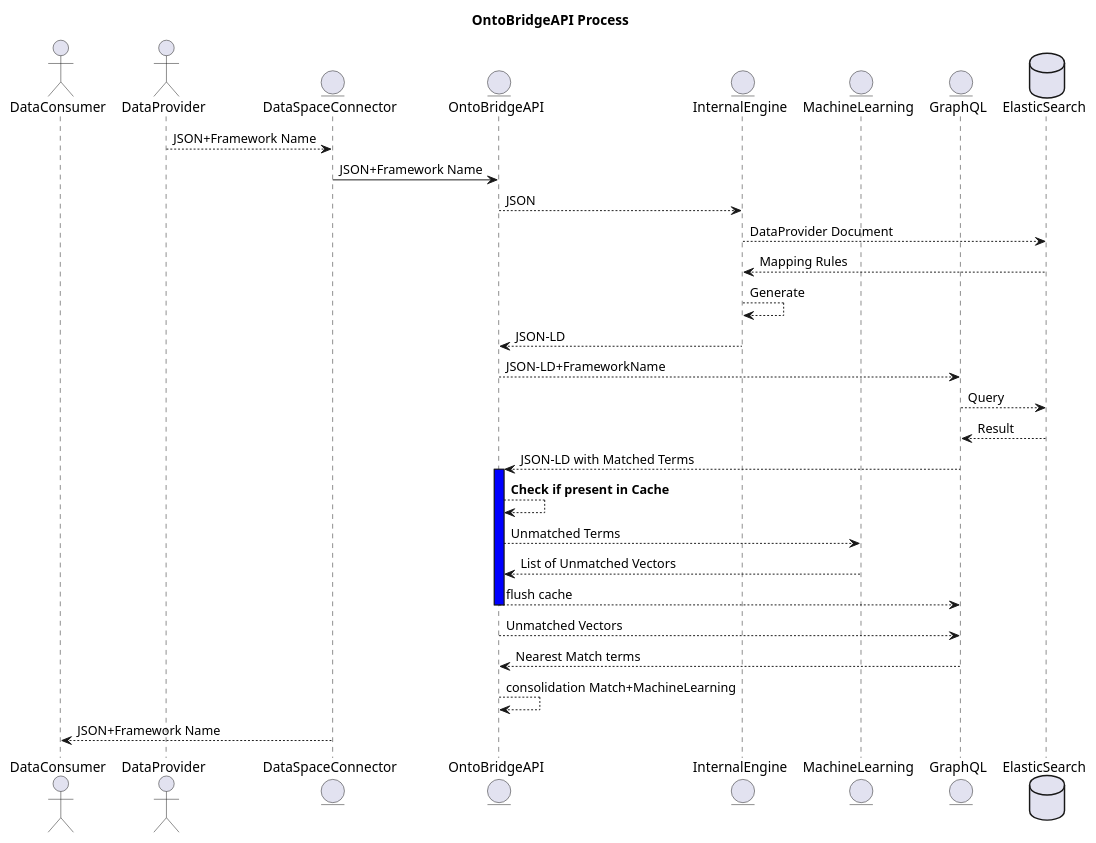
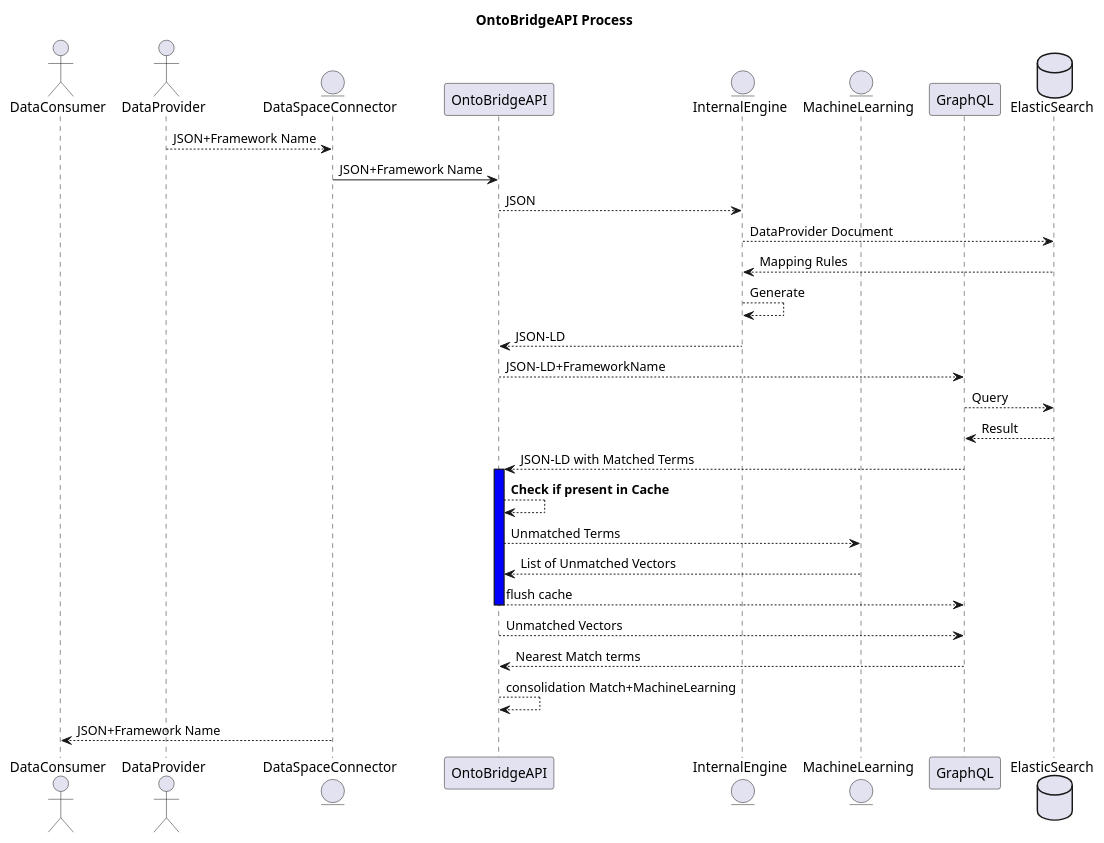
One commit to Prometheus-X-association/interoperability-of-skills-frameworks-ariane changed the diagram in services/ontobridgeApi/readme.md. Above: the diagram before and after it, drawn with PlantUML. The commit also changed 1 other file, not shown here.

Commit message:
change workflow

````diff
--- a/services/ontobridgeApi/readme.md
+++ b/services/ontobridgeApi/readme.md
@@ -99,37 +99,37 @@
 ```plantuml
 @startuml
 title OntoBridgeAPI Process
 
 actor DataConsumer
 actor DataProvider
 entity DataSpaceConnector
-entity OntoBridgeAPI
+participant OntoBridgeAPI
 entity InternalEngine
 entity MachineLearning
-entity GraphQL
+participant GraphQL
 database ElasticSearch
 
 DataProvider --> DataSpaceConnector: JSON+Framework Name
 DataSpaceConnector->OntoBridgeAPI:JSON+Framework Name
 OntoBridgeAPI-->InternalEngine:JSON
 InternalEngine-->ElasticSearch:DataProvider Document
 ElasticSearch-->InternalEngine:Mapping Rules
 InternalEngine-->InternalEngine:Generate
 InternalEngine-->OntoBridgeAPI:JSON-LD
 OntoBridgeAPI-->GraphQL:JSON-LD+FrameworkName
 GraphQL-->ElasticSearch:Query
 ElasticSearch-->GraphQL:Result
 GraphQL-->OntoBridgeAPI:JSON-LD with Matched Terms
 activate OntoBridgeAPI #blue
 OntoBridgeAPI-->OntoBridgeAPI:**Check if present in Cache**
 OntoBridgeAPI-->MachineLearning:Unmatched Terms
 MachineLearning-->OntoBridgeAPI:List of Unmatched Vectors
 OntoBridgeAPI-->GraphQL:flush cache
 deactivate OntoBridgeAPI
 
 OntoBridgeAPI-->GraphQL:Unmatched Vectors
 GraphQL-->OntoBridgeAPI:Nearest Match terms
 OntoBridgeAPI-->OntoBridgeAPI:consolidation Match+MachineLearning
 DataSpaceConnector --> DataConsumer:JSON+Framework Name
 @enduml
 ```
````
